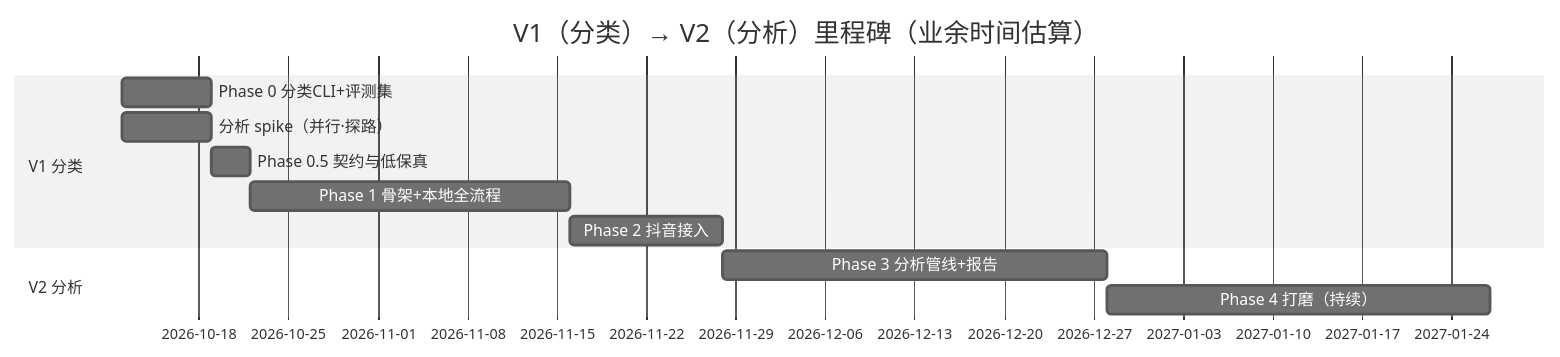
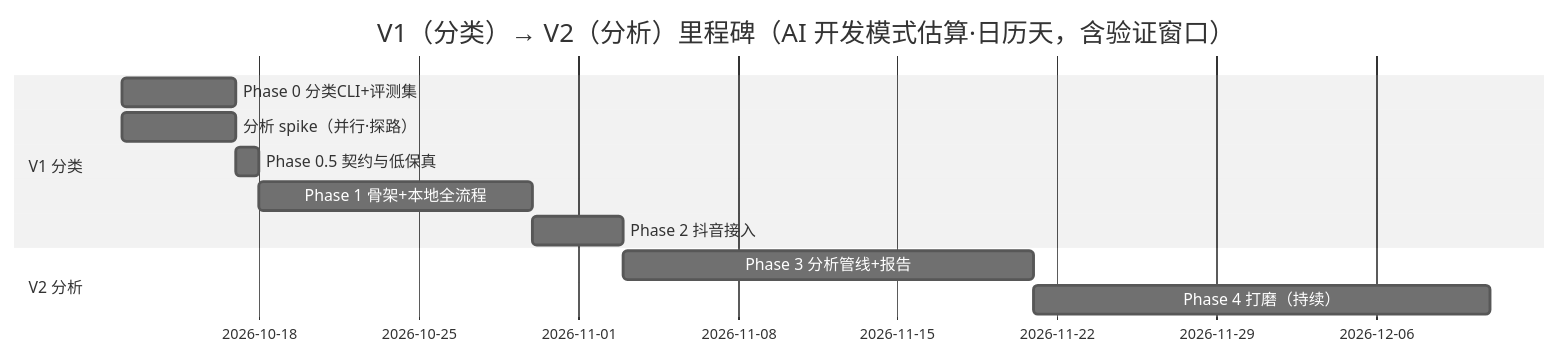
Before and after one commit to canyuda/video-tagger: the diagram in docs/02-总体规划与里程碑.md, drawn with Mermaid (neutral theme). The commit also changed other lines of this file and 8 other files, not shown here.

````diff
--- a/docs/02-总体规划与里程碑.md
+++ b/docs/02-总体规划与里程碑.md
@@ -111,14 +121,14 @@
 ```mermaid
 gantt
-    title V1（分类）→ V2（分析）里程碑（业余时间估算）
+    title V1（分类）→ V2（分析）里程碑（AI 开发模式估算·日历天，含验证窗口）
     dateFormat  YYYY-MM-DD
     section V1 分类
-    Phase 0 分类CLI+评测集      :p0, 2026-10-12, 7d
-    分析 spike（并行·探路）     :spike, 2026-10-12, 7d
-    Phase 0.5 契约与低保真      :p05, after p0, 3d
-    Phase 1 骨架+本地全流程     :p1, after p05, 25d
-    Phase 2 抖音接入            :p2, after p1, 12d
+    Phase 0 分类CLI+评测集      :p0, 2026-10-12, 5d
+    分析 spike（并行·探路）     :spike, 2026-10-12, 5d
+    Phase 0.5 契约与低保真      :p05, after p0, 1d
+    Phase 1 骨架+本地全流程     :p1, after p05, 12d
+    Phase 2 抖音接入            :p2, after p1, 4d
     section V2 分析
-    Phase 3 分析管线+报告       :p3, after p2, 30d
-    Phase 4 打磨（持续）        :p4, after p3, 30d
+    Phase 3 分析管线+报告       :p3, after p2, 18d
+    Phase 4 打磨（持续）        :p4, after p3, 20d
 ```
````
